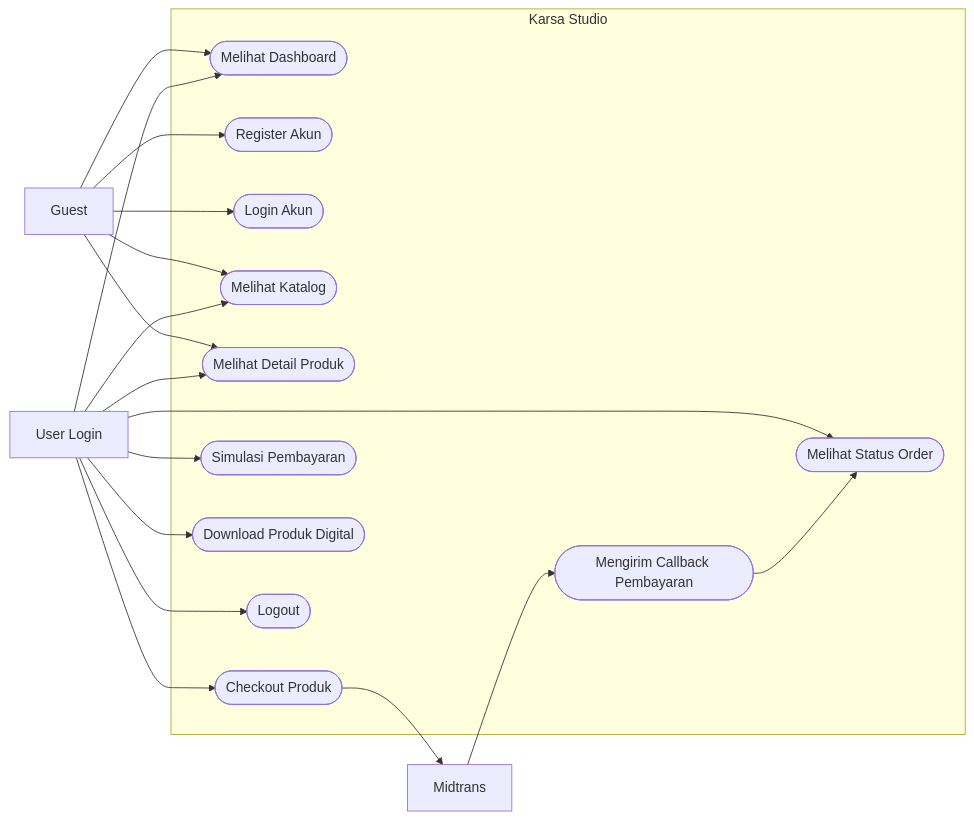
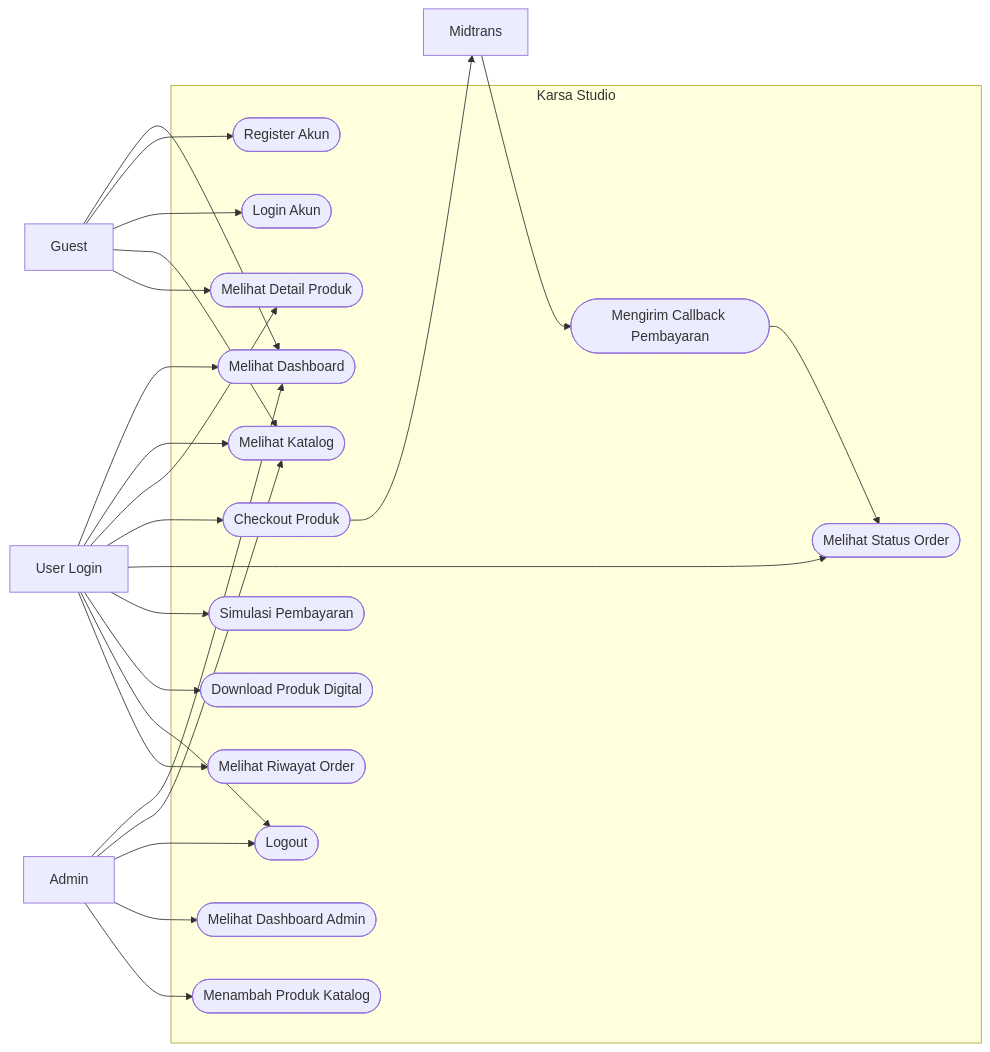
Before and after one commit to mufid1012/Laravel: the first of 7 diagrams in Project-kelompok-app/docs/UML_Karsa_Studio.md, drawn with Mermaid. The commit also changed other lines of this file and 16 other files, not shown here.

````diff
--- a/Project-kelompok-app/docs/UML_Karsa_Studio.md
+++ b/Project-kelompok-app/docs/UML_Karsa_Studio.md
@@ -9,39 +9,50 @@
 ```mermaid
 flowchart LR
     Guest["Guest"]
     User["User Login"]
+    Admin["Admin"]
     Midtrans["Midtrans"]
 
     subgraph App["Karsa Studio"]
         UC1(["Melihat Dashboard"])
         UC2(["Register Akun"])
         UC3(["Login Akun"])
         UC4(["Melihat Katalog"])
         UC5(["Melihat Detail Produk"])
         UC6(["Checkout Produk"])
         UC7(["Melihat Status Order"])
         UC8(["Simulasi Pembayaran"])
         UC9(["Download Produk Digital"])
         UC10(["Logout"])
         UC11(["Mengirim Callback Pembayaran"])
+        UC12(["Melihat Riwayat Order"])
+        UC13(["Melihat Dashboard Admin"])
+        UC14(["Menambah Produk Katalog"])
     end
 
     Guest --> UC1
     Guest --> UC2
     Guest --> UC3
     Guest --> UC4
     Guest --> UC5
 
     User --> UC1
     User --> UC4
     User --> UC5
     User --> UC6
     User --> UC7
     User --> UC8
     User --> UC9
     User --> UC10
+    User --> UC12
+
+    Admin --> UC1
+    Admin --> UC4
+    Admin --> UC10
+    Admin --> UC13
+    Admin --> UC14
 
     Midtrans --> UC11
     UC11 --> UC7
     UC6 --> Midtrans
 ```
````
